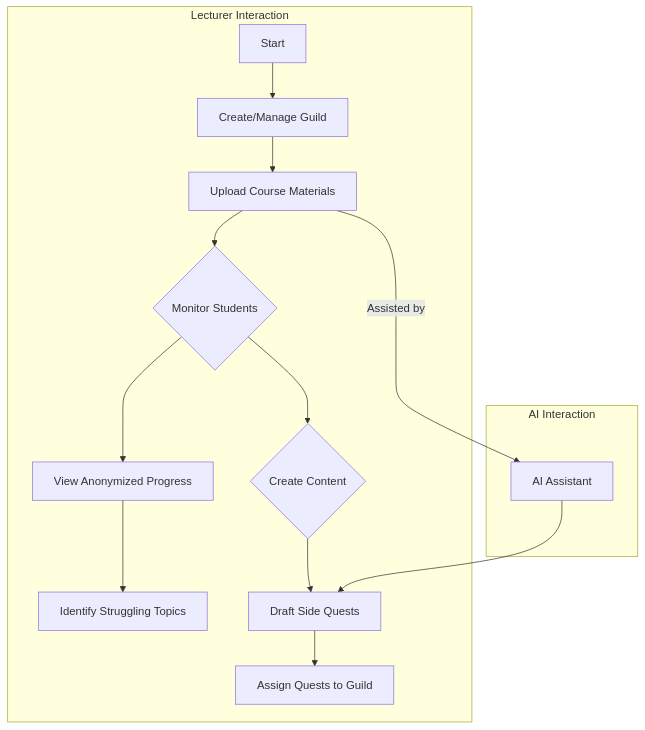
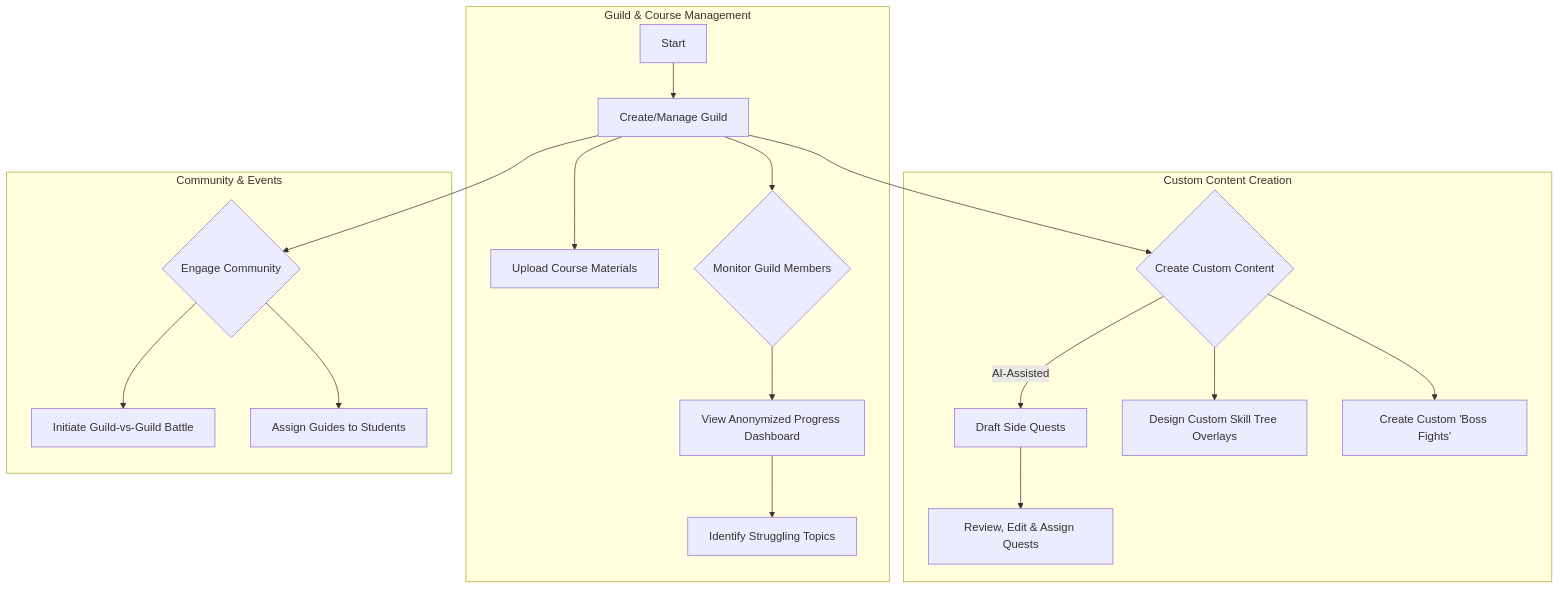
Before and after one commit to FA25SE050-RogueLearn/RogueLearn.BMAD.Documentation: the second of 5 diagrams in docs/prd/user-flows.md, drawn with Mermaid. The commit also changed other lines of this file and 2 other files, not shown here.

````diff
--- a/docs/prd/user-flows.md
+++ b/docs/prd/user-flows.md
@@ -51,18 +54,24 @@
 ```mermaid
 graph TD
-    subgraph "Lecturer Interaction"
+    subgraph "Guild & Course Management"
         A[Start] --> B[Create/Manage Guild];
         B --> C[Upload Course Materials];
-        C --> D{Monitor Students};
-        D --> E[View Anonymized Progress];
+        B --> D{Monitor Guild Members};
+        D --> E[View Anonymized Progress Dashboard];
         E --> F[Identify Struggling Topics];
-        D --> G{Create Content};
-        G --> H[Draft Side Quests];
-        H --> I[Assign Quests to Guild];
     end
 
-    subgraph "AI Interaction"
-        C -- Assisted by --> AI1[AI Assistant];
-        AI1 --> H;
+    subgraph "Custom Content Creation"
+        B --> G{Create Custom Content};
+        G -- AI-Assisted --> H[Draft Side Quests];
+        H --> I[Review, Edit & Assign Quests];
+        G --> J[Design Custom Skill Tree Overlays];
+        G --> K[Create Custom 'Boss Fights'];
+    end
+
+    subgraph "Community & Events"
+        B --> L{Engage Community};
+        L --> M[Initiate Guild-vs-Guild Battle];
+        L --> N[Assign Guides to Students];
     end
 ```
````
